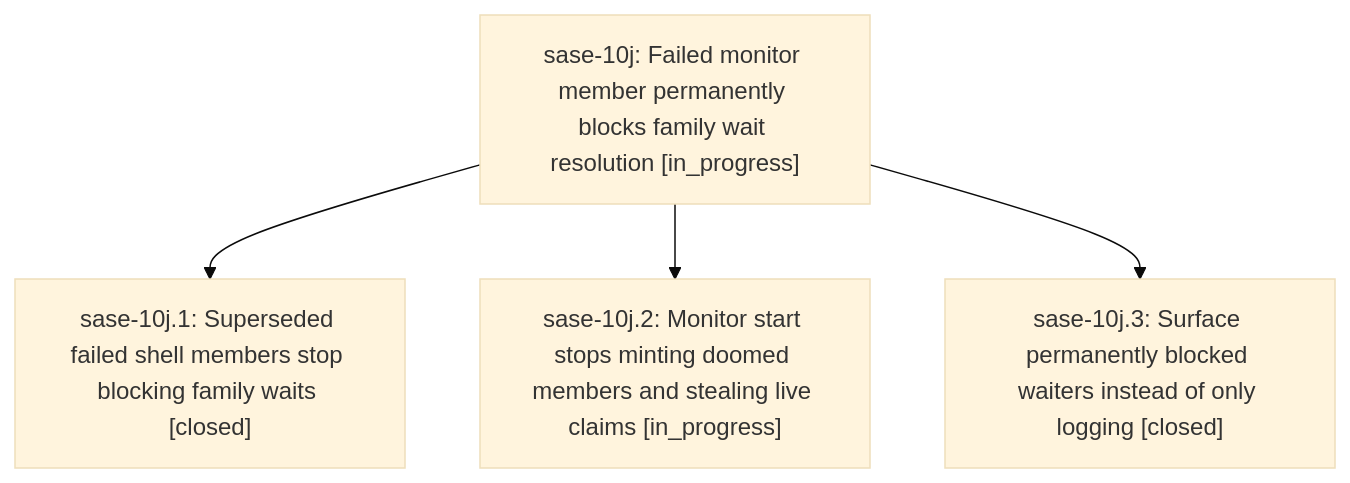
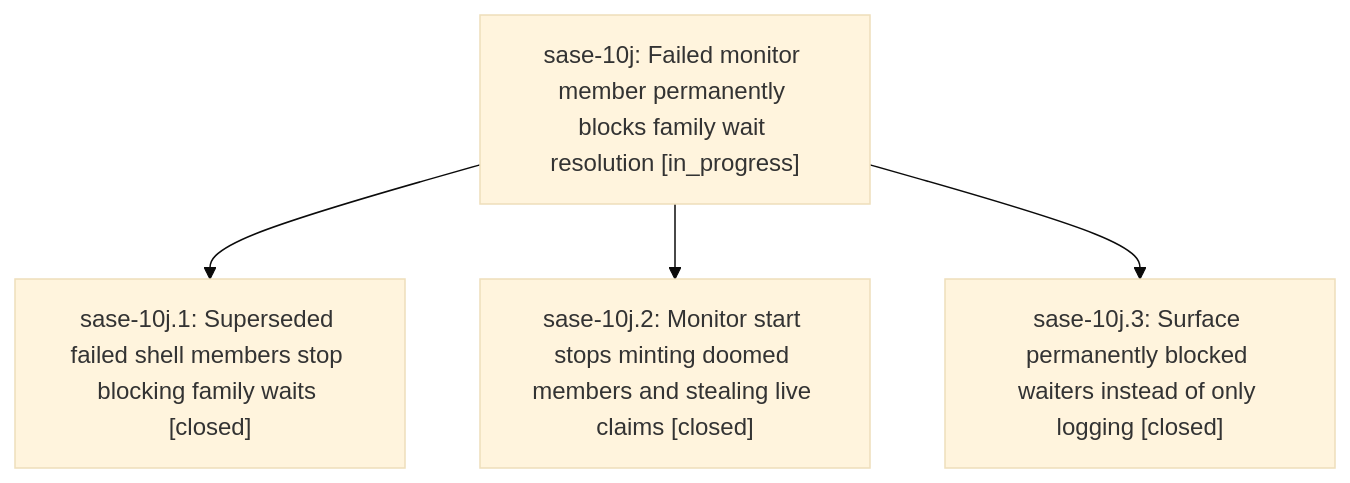
Before and after one commit to sase-org/sase--beads: the diagram in pages/sase-10j/README.md, drawn with Mermaid (base theme). The commit also changed other lines of this file and 1 other file, not shown here.

First line of the commit message:
chore(beads): sync bead state and pages for sase-10j

````diff
--- a/pages/sase-10j/README.md
+++ b/pages/sase-10j/README.md
@@ -24,10 +24,10 @@
 ```mermaid
 flowchart TD
     n0["sase-10j: Failed monitor member permanently blocks family wait resolution [in_progress]"]
     n1["sase-10j.1: Superseded failed shell members stop blocking family waits [closed]"]
-    n2["sase-10j.2: Monitor start stops minting doomed members and stealing live claims [in_progress]"]
+    n2["sase-10j.2: Monitor start stops minting doomed members and stealing live claims [closed]"]
     n3["sase-10j.3: Surface permanently blocked waiters instead of only logging [closed]"]
     n0 --> n1
     n0 --> n2
     n0 --> n3
 ```
````
